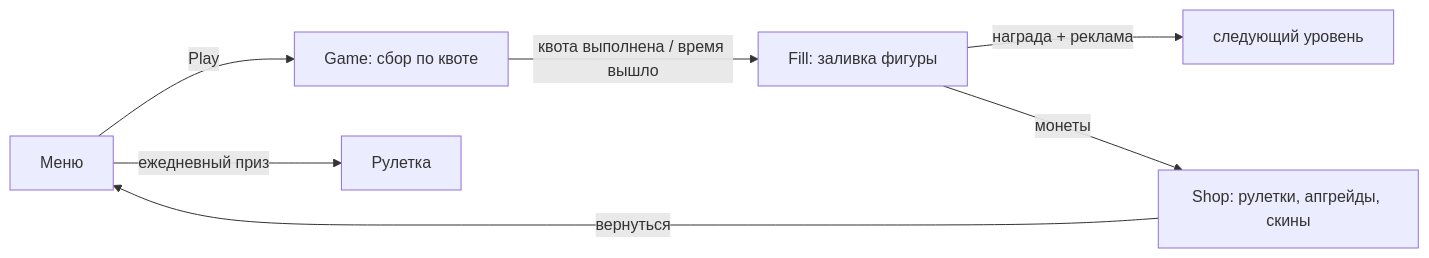
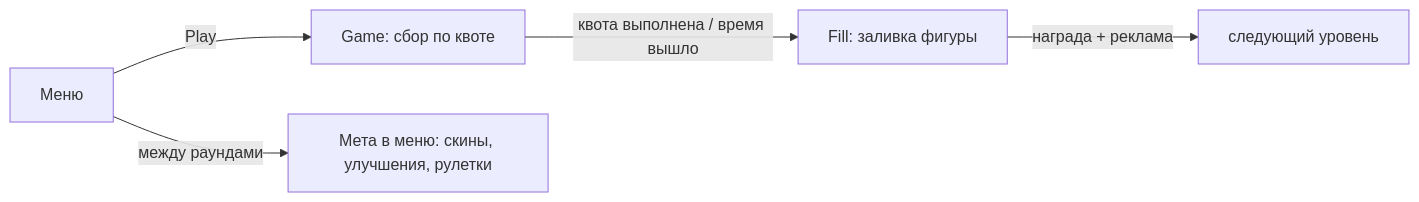
Before and after one commit to mshgn4zzz/Mad-Slime: the diagram in Wiki/ГДД Mad Slime.md, drawn with Mermaid. The commit also changed other lines of this file and 3540 other files, not shown here.

````diff
--- a/Wiki/ГДД Mad Slime.md
+++ b/Wiki/ГДД Mad Slime.md
@@ -24,9 +24,7 @@
 ```mermaid
 flowchart LR
     M["Меню"] -->|"Play"| G["Game: сбор по квоте"]
     G -->|"квота выполнена / время вышло"| F["Fill: заливка фигуры"]
     F -->|"награда + реклама"| G2["следующий уровень"]
-    F -->|"монеты"| S["Shop: рулетки, апгрейды, скины"]
-    S -->|"вернуться"| M
-    M -->|"ежедневный приз"| R["Рулетка"]
+    M -->|"между раундами"| S["Мета в меню: скины, улучшения, рулетки"]
 ```
````
